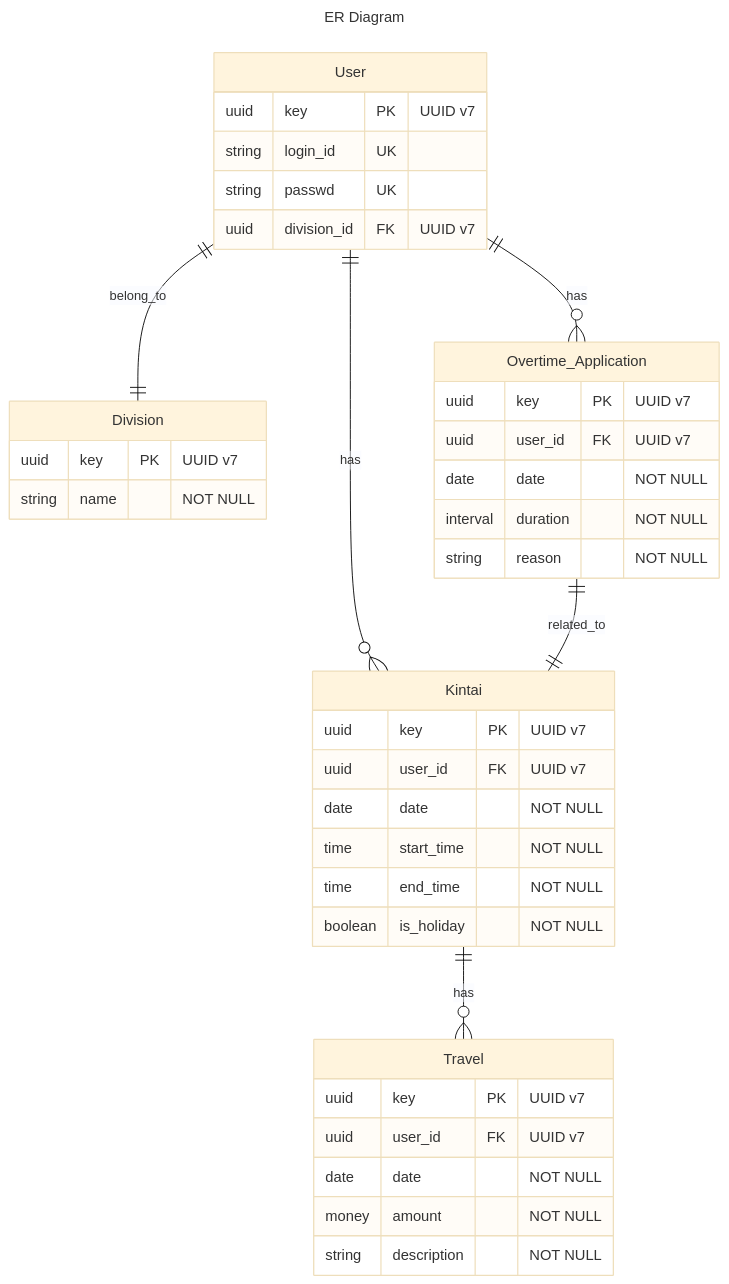
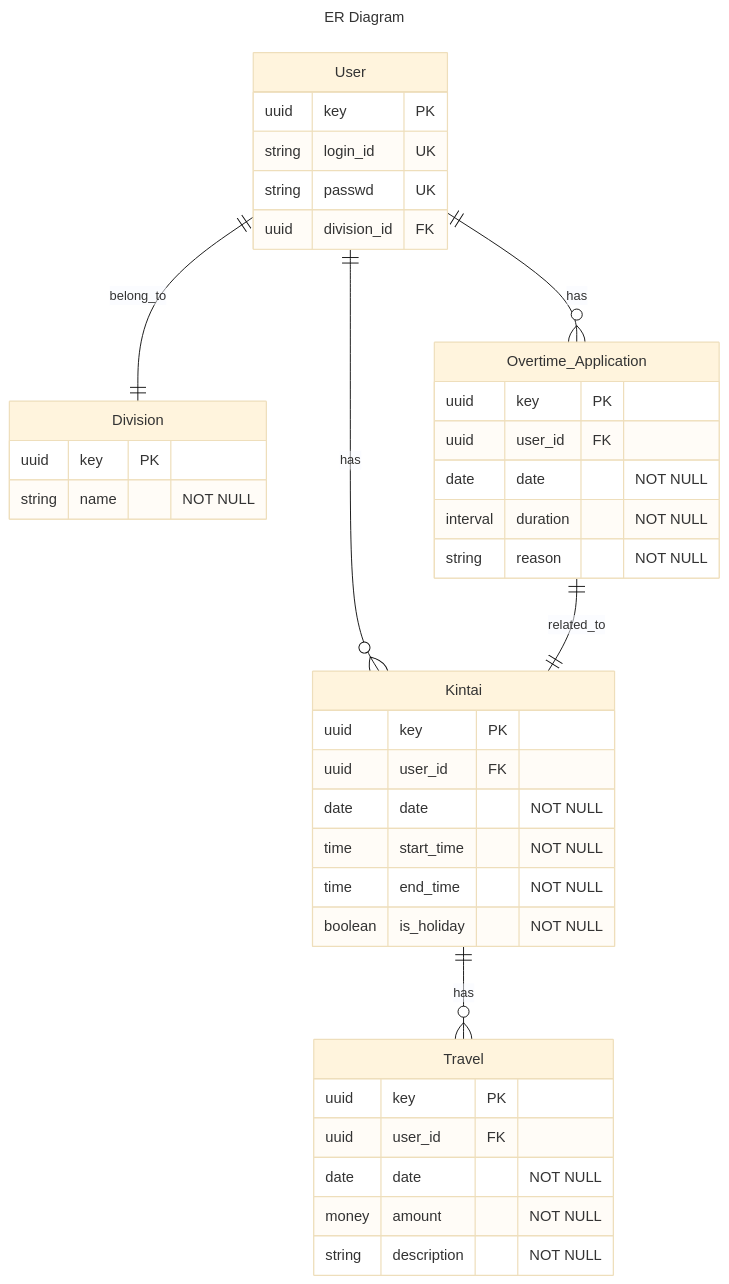
The diagram in docs/ER.mmd (kmk-dev-wakamono/kintai-app), drawn with Mermaid (base theme) before and after one commit.

```diff
--- a/docs/ER.mmd
+++ b/docs/ER.mmd
@@ -1,41 +1,41 @@
 ---
 title: ER Diagram
 ---
 erDiagram
   User {
-    uuid key PK "UUID v7"
+    uuid key PK
     string login_id UK
     string passwd UK
-    uuid division_id FK "UUID v7"
+    uuid division_id FK
   }
   Division {
-    uuid key PK "UUID v7"
+    uuid key PK
     string name "NOT NULL"
   }
   Kintai {
-    uuid key PK "UUID v7"
-    uuid user_id FK "UUID v7"
+    uuid key PK
+    uuid user_id FK
     date date "NOT NULL"
     time start_time "NOT NULL"
     time end_time "NOT NULL"
     boolean is_holiday "NOT NULL"
   }
   Travel {
-    uuid key PK "UUID v7"
-    uuid user_id FK "UUID v7"
+    uuid key PK
+    uuid user_id FK
     date date "NOT NULL"
     money amount  "NOT NULL"
     string description "NOT NULL"
   }
   Overtime_Application {
-    uuid key PK "UUID v7"
-    uuid user_id FK "UUID v7"
+    uuid key PK
+    uuid user_id FK
     date date "NOT NULL"
     interval duration "NOT NULL"
     string reason "NOT NULL"
   }
   User 1--1 Division : belong_to
   User 1--0+ Kintai : has
   Kintai 1--0+ Travel : has
   User 1--0+ Overtime_Application : has
   Overtime_Application 1--1 Kintai : related_to
```
